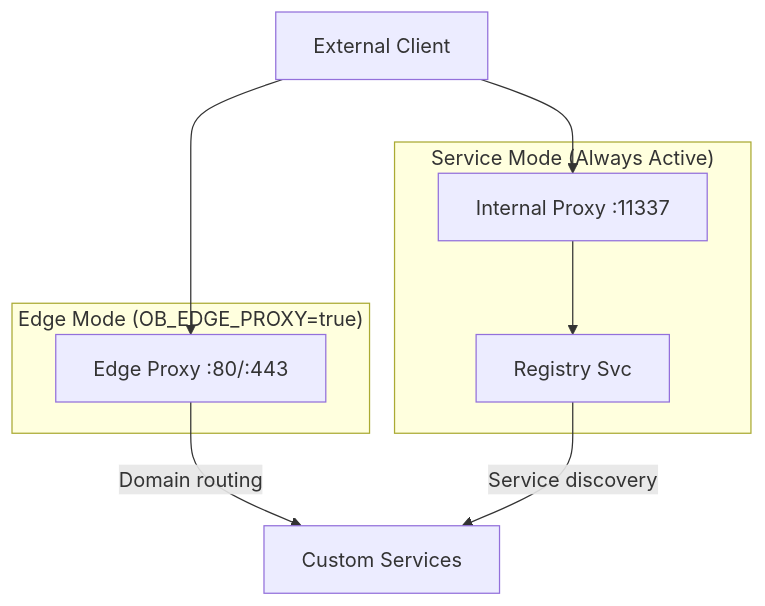
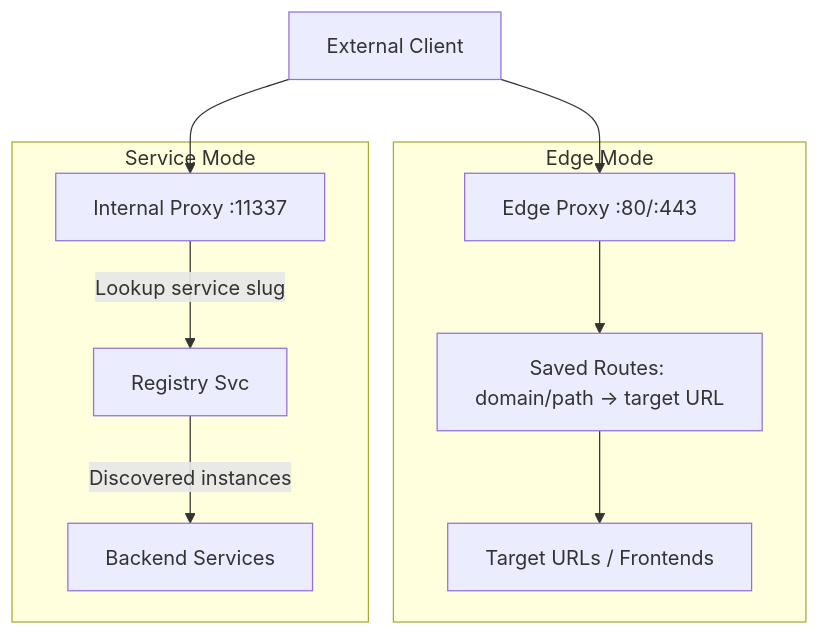
The first of 4 diagrams in docs-source/docs/built-in-services/proxy-svc.md (1backend/1backend), drawn with Mermaid before and after one commit. The commit also changed other lines of this file and 1826 other files, not shown here.

Commit message:
feat(proxy-svc): add microfrontends support, mermaid docusaurus fix (#455)

````diff
--- a/docs-source/docs/built-in-services/proxy-svc.md
+++ b/docs-source/docs/built-in-services/proxy-svc.md
@@ -35,23 +35,21 @@
 ```mermaid
 graph TD
     Client[External Client]
-    Edge[Edge Proxy :80/:443]
-    Internal[Internal Proxy :11337]
-    Registry[Registry Svc]
-    Service[Custom Services]
-    
+
+    subgraph "Edge Mode"
+        Edge[Edge Proxy :80/:443]
+        Routes["Saved Routes: domain/path -> target URL"]
+        Targets[Target URLs / Frontends]
+        Edge --> Routes --> Targets
+    end
+
+    subgraph "Service Mode"
+        Internal[Internal Proxy :11337]
+        Registry[Registry Svc]
+        Services[Backend Services]
+        Internal --> |Lookup service slug| Registry --> |Discovered instances| Services
+    end
+
     Client --> Edge
-    Edge --> |Domain routing| Service
     Client --> Internal
-    Internal --> Registry
-    Registry --> |Service discovery| Service
-    
-    subgraph "Edge Mode (OB_EDGE_PROXY=true)"
-        Edge
-    end
-    
-    subgraph "Service Mode (Always Active)"
-        Internal
-        Registry
-    end
 ```
````
